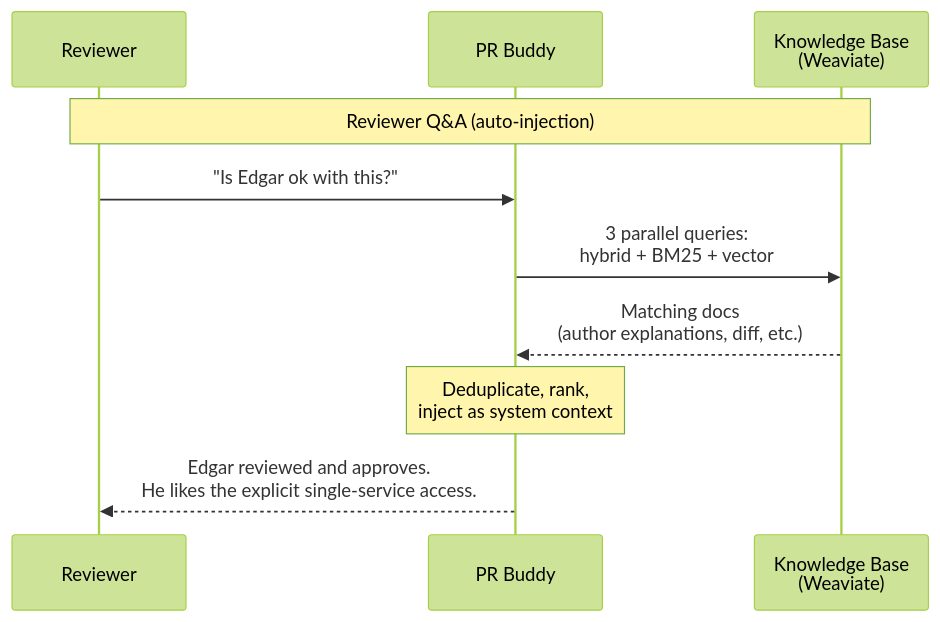
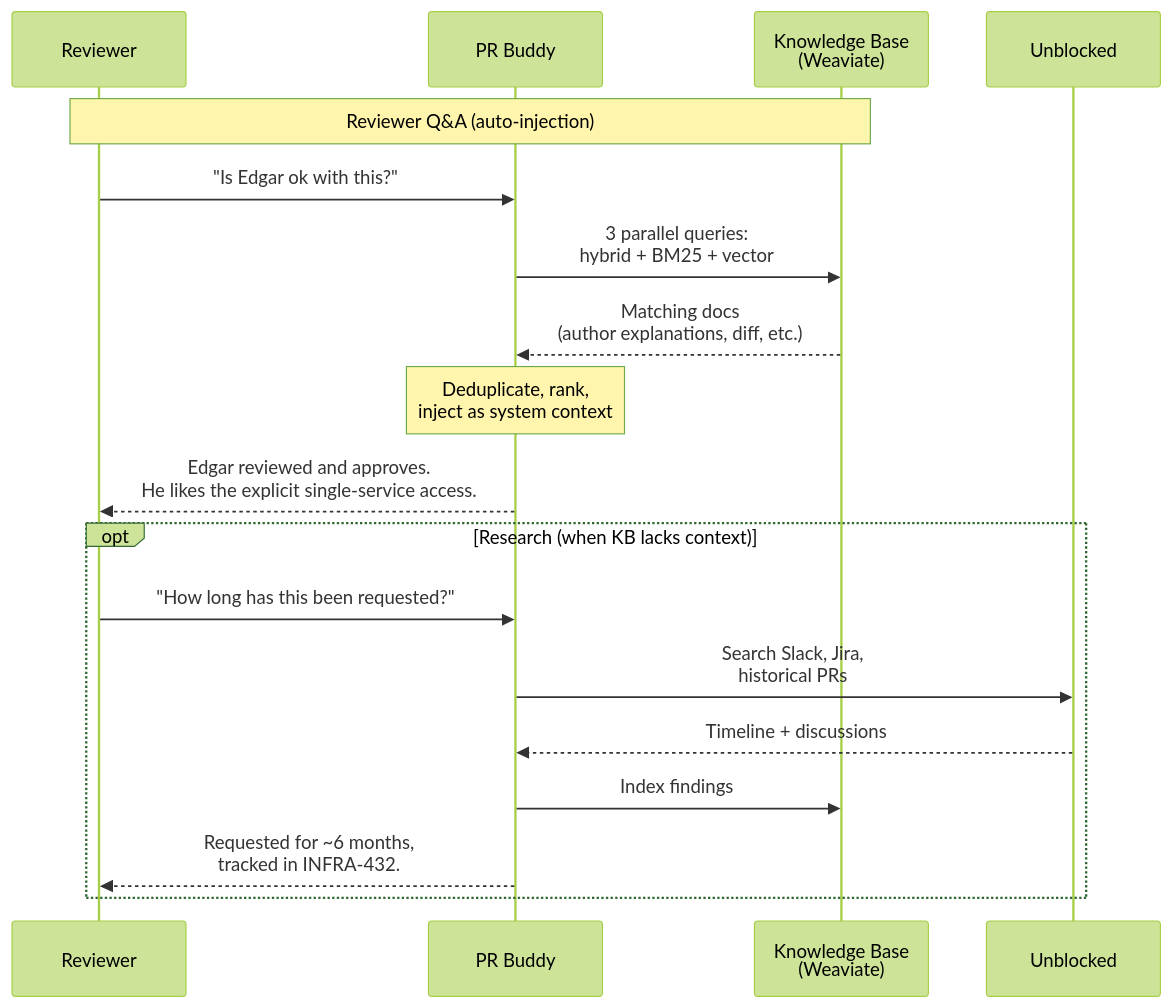
Before and after one commit to gametimesf/prbuddy: the second of 3 diagrams in README.md, drawn with Mermaid (forest theme). The commit also changed other lines of this file, not shown here.

First line of the commit message:
docs: show research as opt path in both author and reviewer flows

````diff
--- a/README.md
+++ b/README.md
@@ -33,13 +34,22 @@
 ```mermaid
 sequenceDiagram
     participant Reviewer
     participant PRBuddy as PR Buddy
     participant Weaviate as Knowledge Base<br/>(Weaviate)
+    participant Unblocked
 
     Note over Reviewer,Weaviate: Reviewer Q&A (auto-injection)
     Reviewer->>PRBuddy: "Is Edgar ok with this?"
     PRBuddy->>Weaviate: 3 parallel queries:<br/>hybrid + BM25 + vector
     Weaviate-->>PRBuddy: Matching docs<br/>(author explanations, diff, etc.)
     Note over PRBuddy: Deduplicate, rank,<br/>inject as system context
     PRBuddy-->>Reviewer: Edgar reviewed and approves.<br/>He likes the explicit single-service access.
+
+    opt Research (when KB lacks context)
+        Reviewer->>PRBuddy: "How long has this been requested?"
+        PRBuddy->>Unblocked: Search Slack, Jira,<br/>historical PRs
+        Unblocked-->>PRBuddy: Timeline + discussions
+        PRBuddy->>Weaviate: Index findings
+        PRBuddy-->>Reviewer: Requested for ~6 months,<br/>tracked in INFRA-432.
+    end
 ```
````
